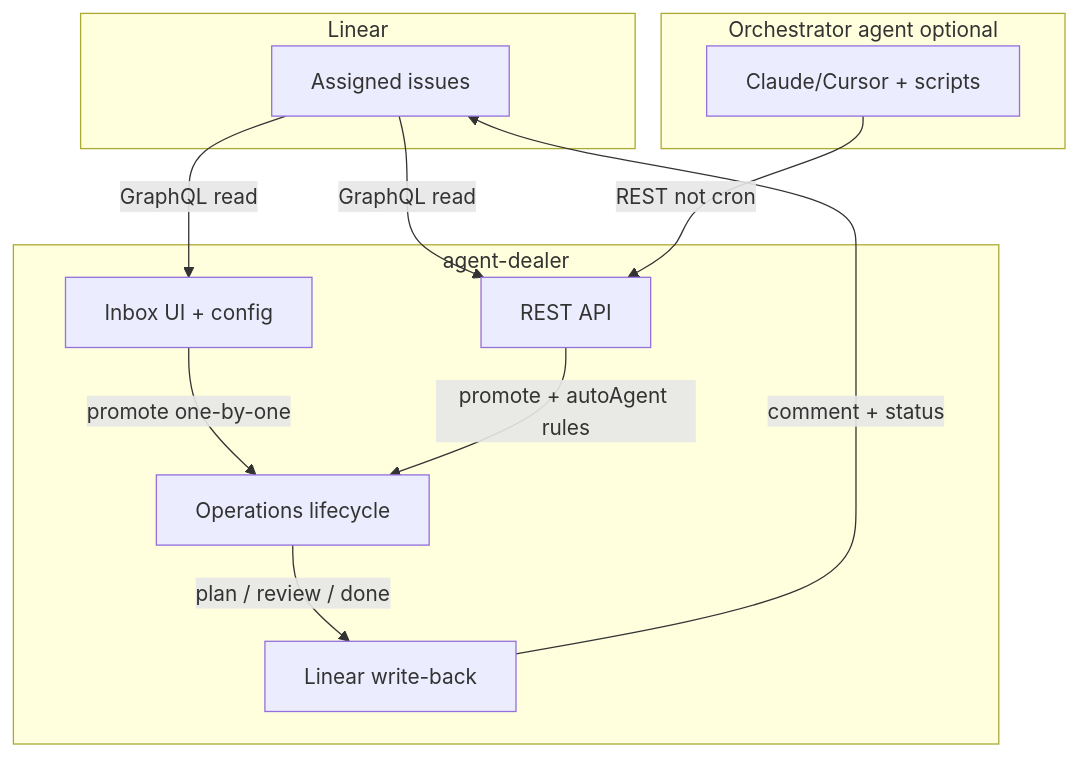
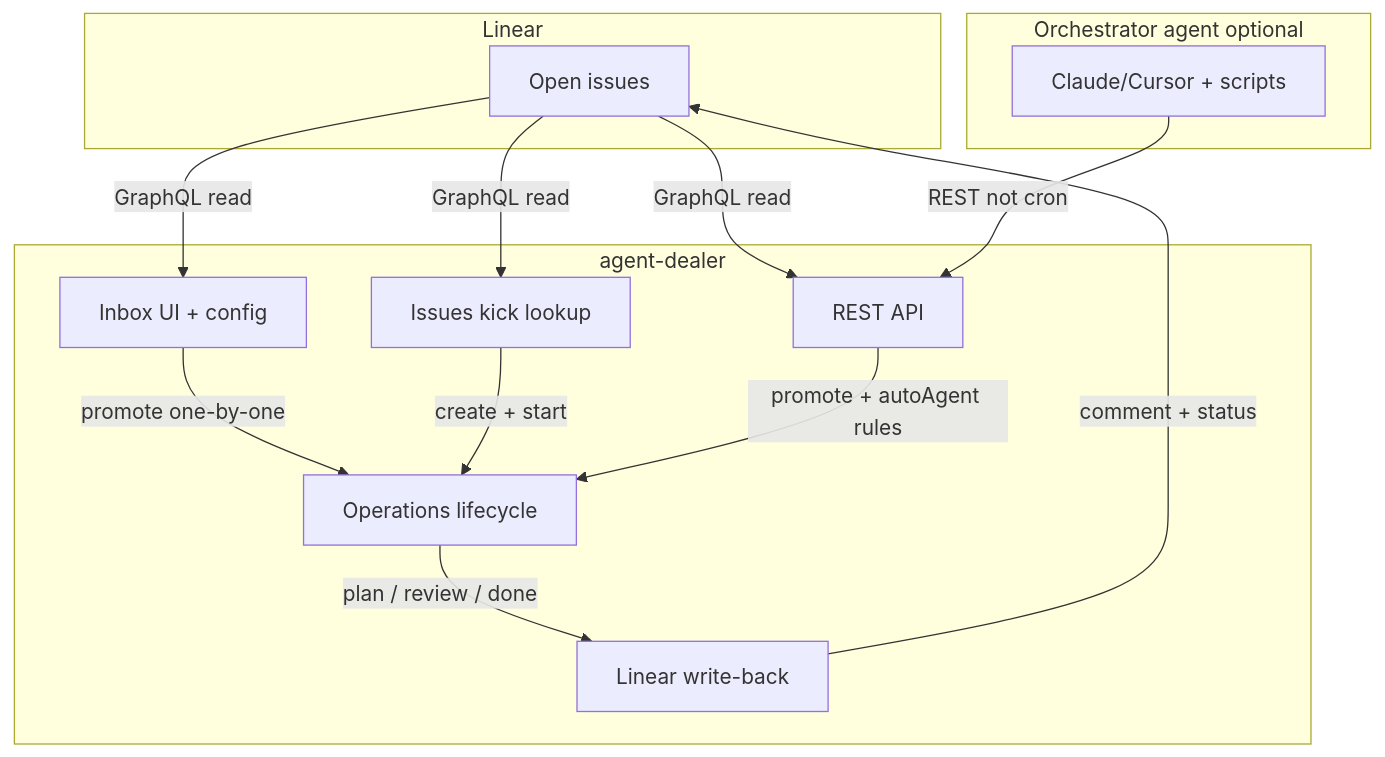
The diagram in docs/LINEAR_INTEGRATION.md (not-so-fat/agent-dealer), drawn with Mermaid before and after one commit. The commit also changed other lines of this file, not shown here.

````diff
--- a/docs/LINEAR_INTEGRATION.md
+++ b/docs/LINEAR_INTEGRATION.md
@@ -9,22 +9,25 @@
 ```mermaid
 flowchart TB
   subgraph linear [Linear]
-    Issues[Assigned issues]
+    Issues[Open issues]
   end
   subgraph dealer [agent-dealer]
     Inbox[Inbox UI + config]
+    Kick[Issues kick lookup]
     API[REST API]
     Ops[Operations lifecycle]
     Sync[Linear write-back]
   end
   subgraph agent [Orchestrator agent optional]
     AgentCLI[Claude/Cursor + scripts]
   end
   Issues -->|GraphQL read| Inbox
+  Issues -->|GraphQL read| Kick
   Issues -->|GraphQL read| API
   Inbox -->|promote one-by-one| Ops
+  Kick -->|create + start| Ops
   AgentCLI -->|REST not cron| API
   API -->|promote + autoAgent rules| Ops
   Ops -->|plan / review / done| Sync
   Sync -->|comment + status| Issues
 ```
````
